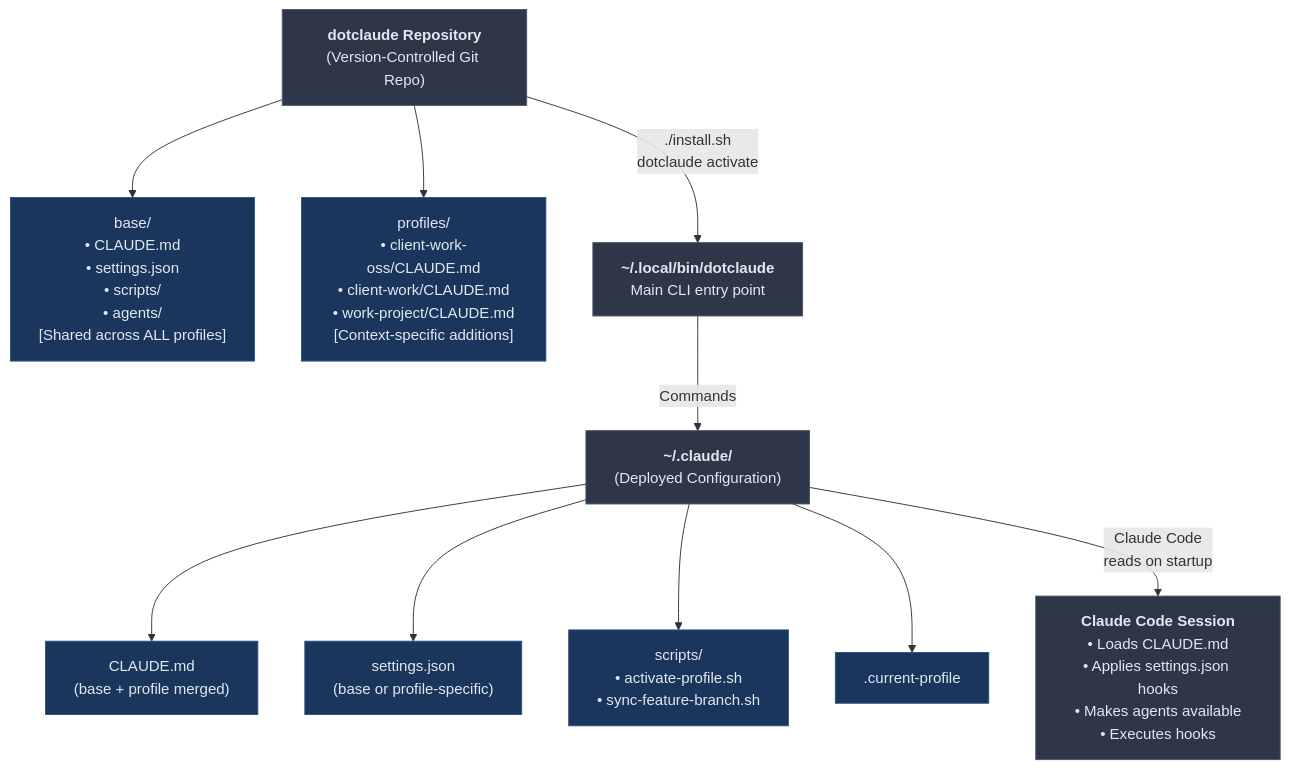
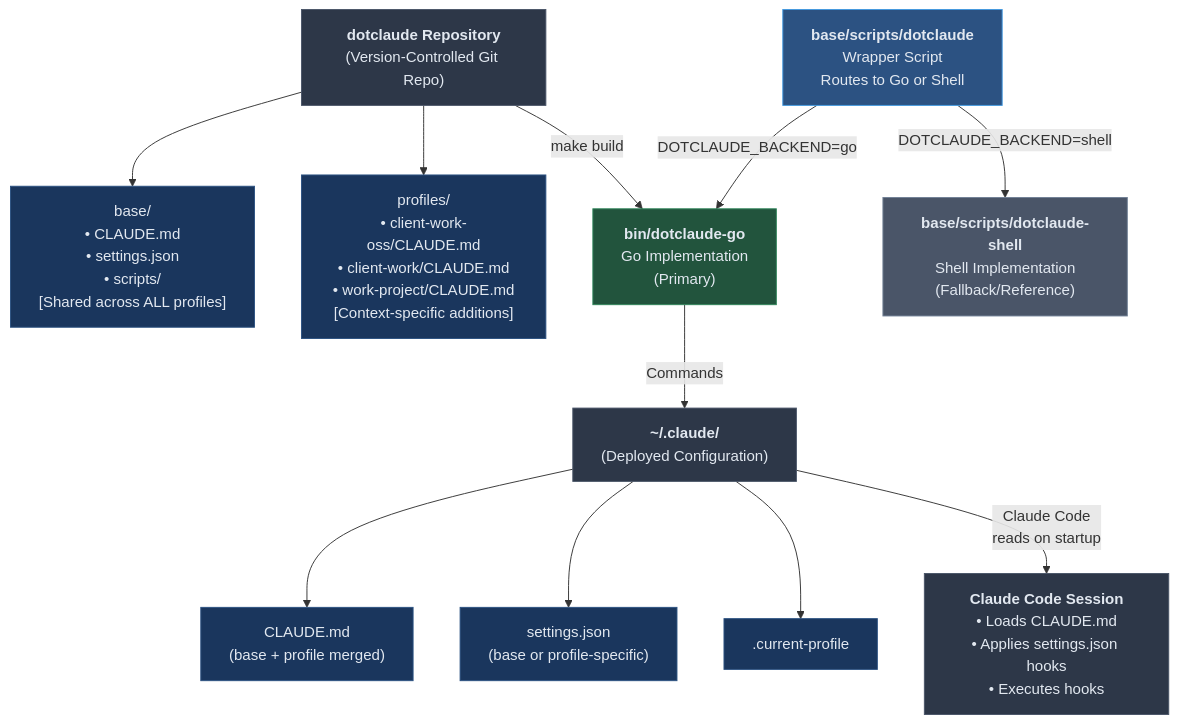
Before and after one commit to blackwell-systems/dotclaude: the first of 5 diagrams in docs/ARCHITECTURE.md, drawn with Mermaid. The commit also changed other lines of this file, not shown here.

First line of the commit message:
docs: Rewrite ARCHITECTURE.md for Go migration

````diff
--- a/docs/ARCHITECTURE.md
+++ b/docs/ARCHITECTURE.md
@@ -7,37 +9,40 @@
 ```mermaid
 flowchart TB
     repo["<b>dotclaude Repository</b><br/>(Version-Controlled Git Repo)"]
-    base["base/<br/>• CLAUDE.md<br/>• settings.json<br/>• scripts/<br/>• agents/<br/>[Shared across ALL profiles]"]
+    base["base/<br/>• CLAUDE.md<br/>• settings.json<br/>• scripts/<br/>[Shared across ALL profiles]"]
     profiles["profiles/<br/>• client-work-oss/CLAUDE.md<br/>• client-work/CLAUDE.md<br/>• work-project/CLAUDE.md<br/>[Context-specific additions]"]
 
-    cli["<b>~/.local/bin/dotclaude</b><br/>Main CLI entry point"]
+    wrapper["<b>base/scripts/dotclaude</b><br/>Wrapper Script<br/>Routes to Go or Shell"]
+    go_binary["<b>bin/dotclaude-go</b><br/>Go Implementation<br/>(Primary)"]
+    shell["<b>base/scripts/dotclaude-shell</b><br/>Shell Implementation<br/>(Fallback/Reference)"]
 
     claude_dir["<b>~/.claude/</b><br/>(Deployed Configuration)"]
     merged_claude["CLAUDE.md<br/>(base + profile merged)"]
     deployed_settings["settings.json<br/>(base or profile-specific)"]
-    deployed_scripts["scripts/<br/>• activate-profile.sh<br/>• sync-feature-branch.sh"]
     current_profile[".current-profile"]
 
-    session["<b>Claude Code Session</b><br/>• Loads CLAUDE.md<br/>• Applies settings.json hooks<br/>• Makes agents available<br/>• Executes hooks"]
+    session["<b>Claude Code Session</b><br/>• Loads CLAUDE.md<br/>• Applies settings.json hooks<br/>• Executes hooks"]
 
     repo --> base
     repo --> profiles
-    repo -->|"./install.sh<br/>dotclaude activate"| cli
-    cli -->|"Commands"| claude_dir
+    repo -->|"make build"| go_binary
+    wrapper -->|"DOTCLAUDE_BACKEND=go"| go_binary
+    wrapper -->|"DOTCLAUDE_BACKEND=shell"| shell
+    go_binary -->|"Commands"| claude_dir
     claude_dir --> merged_claude
     claude_dir --> deployed_settings
-    claude_dir --> deployed_scripts
     claude_dir --> current_profile
     claude_dir -->|"Claude Code<br/>reads on startup"| session
 
     style repo fill:#2d3748,stroke:#4a5568,color:#e2e8f0
     style base fill:#1a365d,stroke:#2c5282,color:#e2e8f0
     style profiles fill:#1a365d,stroke:#2c5282,color:#e2e8f0
-    style cli fill:#2d3748,stroke:#4a5568,color:#e2e8f0
+    style wrapper fill:#2c5282,stroke:#4299e1,color:#e2e8f0
+    style go_binary fill:#22543d,stroke:#2f855a,color:#e2e8f0
+    style shell fill:#4a5568,stroke:#718096,color:#e2e8f0
     style claude_dir fill:#2d3748,stroke:#4a5568,color:#e2e8f0
     style merged_claude fill:#1a365d,stroke:#2c5282,color:#e2e8f0
     style deployed_settings fill:#1a365d,stroke:#2c5282,color:#e2e8f0
-    style deployed_scripts fill:#1a365d,stroke:#2c5282,color:#e2e8f0
     style current_profile fill:#1a365d,stroke:#2c5282,color:#e2e8f0
     style session fill:#2d3748,stroke:#4a5568,color:#e2e8f0
 ```
````
